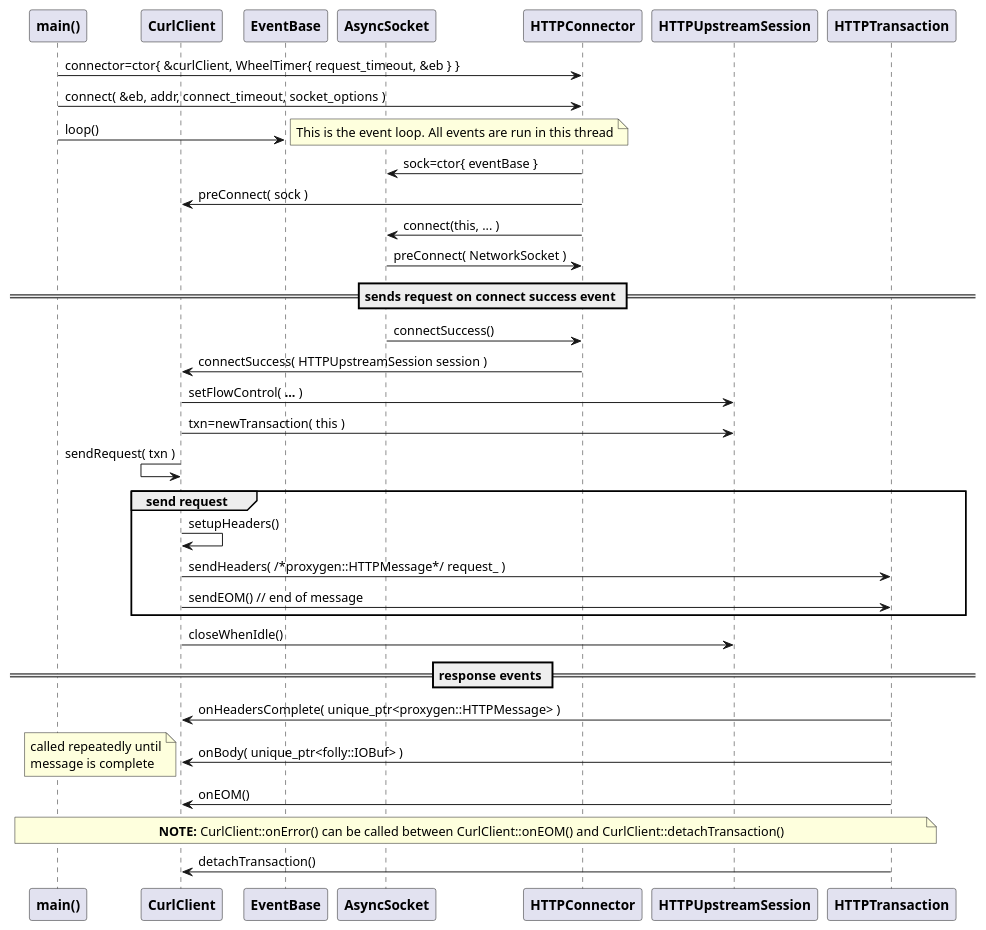
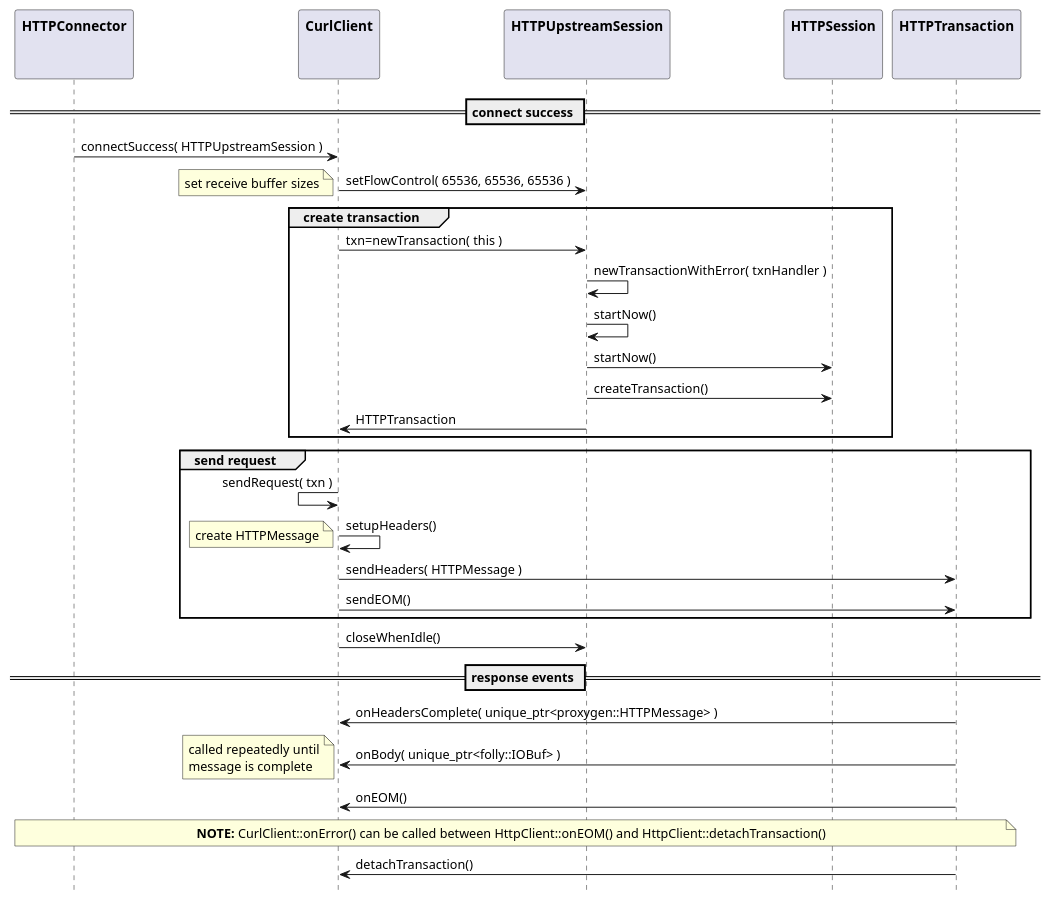
One commit to patrickhallinan/hello-proxygen changed the second of 3 diagrams in doc/proxygen-curl-sample.adoc. Above: the diagram before and after it, drawn with PlantUML. The commit also changed other lines of this file and 34 other files, not shown here.

```diff
--- a/doc/proxygen-curl-sample.adoc
+++ b/doc/proxygen-curl-sample.adoc
@@ -62,58 +83,54 @@
-[plantuml, "http-get.puml", svg]
+[plantuml, "proxygen-curl-get-seq.puml", svg]
 ----
+hide footbox
 
-participant "**main()**" as main
-participant "**CurlClient**" as CurlClient
-participant "**EventBase**" as EventBase
-participant "**AsyncSocket**" as AsyncSocket
-participant "**HTTPConnector**" as HTTPConnector
-participant "**HTTPUpstreamSession**" as HTTPUpstreamSession
-participant "**HTTPTransaction**" as HTTPTransaction
+participant "**HTTPConnector**\n\n" as HTTPConnector
+participant "**CurlClient**\n\n" as CurlClient
+participant "**HTTPUpstreamSession**\n\n" as HTTPUpstreamSession
+participant "**HTTPSession**\n\n" as HTTPSession
+participant "**HTTPTransaction**\n\n" as HTTPTransaction
 
 
-main -> HTTPConnector : connector=ctor{ &curlClient, WheelTimer{ request_timeout, &eb } }
-main -> HTTPConnector : connect( &eb, addr, connect_timeout, socket_options )
-main -> EventBase : loop()
-note right
-  This is the event loop. All events are run in this thread
-end note
+== connect success ==
 
-HTTPConnector -> AsyncSocket : sock=ctor{ eventBase }
-HTTPConnector -> CurlClient : preConnect( sock )
-HTTPConnector -> AsyncSocket : connect(this, ... )
-AsyncSocket -> HTTPConnector : preConnect( NetworkSocket )
+HTTPConnector -> CurlClient : connectSuccess( HTTPUpstreamSession )
+CurlClient -> HTTPUpstreamSession : setFlowControl( 65536, 65536, 65536 )
+note left: set receive buffer sizes
 
-== sends request on connect success event ==
-
-AsyncSocket -> HTTPConnector : connectSuccess()
-HTTPConnector -> CurlClient : connectSuccess( HTTPUpstreamSession session )
-
-CurlClient -> HTTPUpstreamSession : setFlowControl( **...** )
-CurlClient -> HTTPUpstreamSession : txn=newTransaction( this )
-CurlClient <- CurlClient : sendRequest( txn )
+group create transaction
+    CurlClient -> HTTPUpstreamSession : txn=newTransaction( this )
+    HTTPUpstreamSession -> HTTPUpstreamSession : newTransactionWithError( txnHandler )
+    HTTPUpstreamSession -> HTTPUpstreamSession : startNow()
+    HTTPUpstreamSession -> HTTPSession : startNow()
+    HTTPUpstreamSession -> HTTPSession : createTransaction()
+    HTTPUpstreamSession -> CurlClient : HTTPTransaction
+end group
 
 group send request
+    CurlClient <- CurlClient : sendRequest( txn )
     CurlClient -> CurlClient : setupHeaders()
-    CurlClient -> HTTPTransaction : sendHeaders( /*proxygen::HTTPMessage*/ request_ )
-    CurlClient -> HTTPTransaction : sendEOM() // end of message
+    note left: create HTTPMessage
+    CurlClient -> HTTPTransaction : sendHeaders( HTTPMessage )
+    CurlClient -> HTTPTransaction : sendEOM()
 end group
 
 CurlClient -> HTTPUpstreamSession : closeWhenIdle()
 
 == response events ==
 
 HTTPTransaction -> CurlClient : onHeadersComplete( unique_ptr<proxygen::HTTPMessage> )
 
 HTTPTransaction -> CurlClient : onBody( unique_ptr<folly::IOBuf> )
 note left
     called repeatedly until
     message is complete
 end note
 
 HTTPTransaction -> CurlClient : onEOM()
 note across
-    **NOTE:** CurlClient::onError() can be called between CurlClient::onEOM() and CurlClient::detachTransaction()
+    **NOTE:** CurlClient::onError() can be called between HttpClient::onEOM() and HttpClient::detachTransaction()
 end note
 
 HTTPTransaction -> CurlClient : detachTransaction()
+
 ----
```
